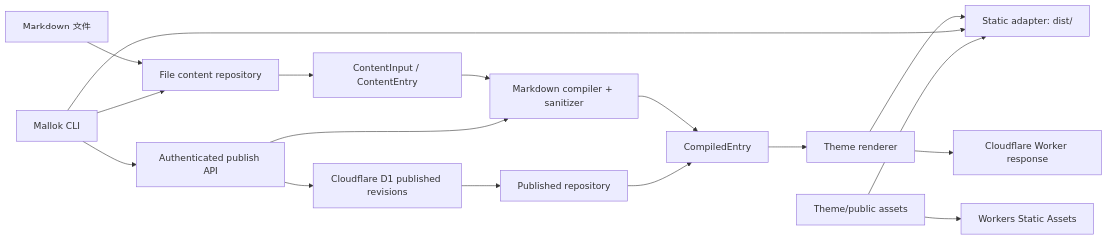
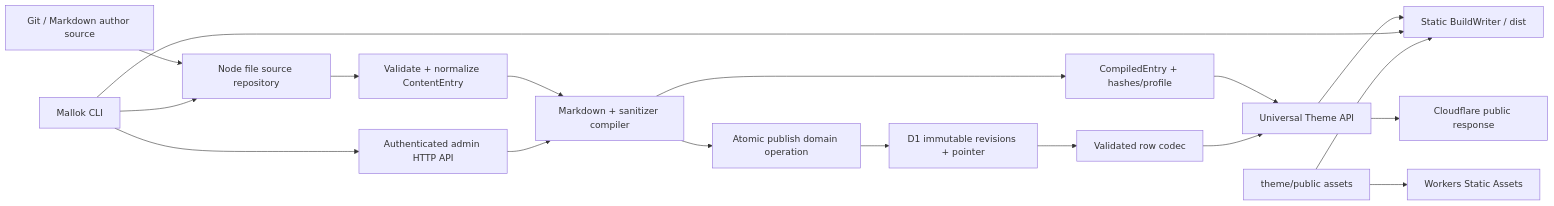
One commit to fobstack/mallok changed the diagram in docs/ARCHITECTURE.md. Above: the diagram before and after it, drawn with Mermaid. The commit also changed other lines of this file and 48 other files, not shown here.

````diff
--- a/docs/ARCHITECTURE.md
+++ b/docs/ARCHITECTURE.md
@@ -18,19 +22,20 @@
 ```mermaid
 flowchart LR
-  MD["Markdown 文件"] --> FSRepo["File content repository"]
-  FSRepo --> Source["ContentInput / ContentEntry"]
-  Source --> Compiler["Markdown compiler + sanitizer"]
-  Compiler --> Compiled["CompiledEntry"]
-  D1["Cloudflare D1 published revisions"] --> D1Repo["Published repository"]
-  D1Repo --> Compiled
-  Compiled --> Render["Theme renderer"]
-  Render --> Static["Static adapter: dist/"]
-  Render --> Worker["Cloudflare Worker response"]
-  CLI["Mallok CLI"] --> FSRepo
+  Git["Git / Markdown author source"] --> FileRepo["Node file source repository"]
+  FileRepo --> Normalize["Validate + normalize ContentEntry"]
+  Normalize --> Compile["Markdown + sanitizer compiler"]
+  Compile --> Artifact["CompiledEntry + hashes/profile"]
+  Artifact --> Theme["Universal Theme API"]
+  Theme --> Static["Static BuildWriter / dist"]
+  CLI["Mallok CLI"] --> FileRepo
   CLI --> Static
-  CLI --> PublishAPI["Authenticated publish API"]
-  PublishAPI --> Compiler
-  PublishAPI --> D1
-  Assets["Theme/public assets"] --> Static
-  Assets --> WorkerAssets["Workers Static Assets"]
+  CLI --> Admin["Authenticated admin HTTP API"]
+  Admin --> Compile
+  Compile --> Tx["Atomic publish domain operation"]
+  Tx --> D1["D1 immutable revisions + pointer"]
+  D1 --> Codec["Validated row codec"]
+  Codec --> Theme
+  Theme --> Worker["Cloudflare public response"]
+  Assets["theme/public assets"] --> Static
+  Assets --> ASSETS["Workers Static Assets"]
 ```
````
